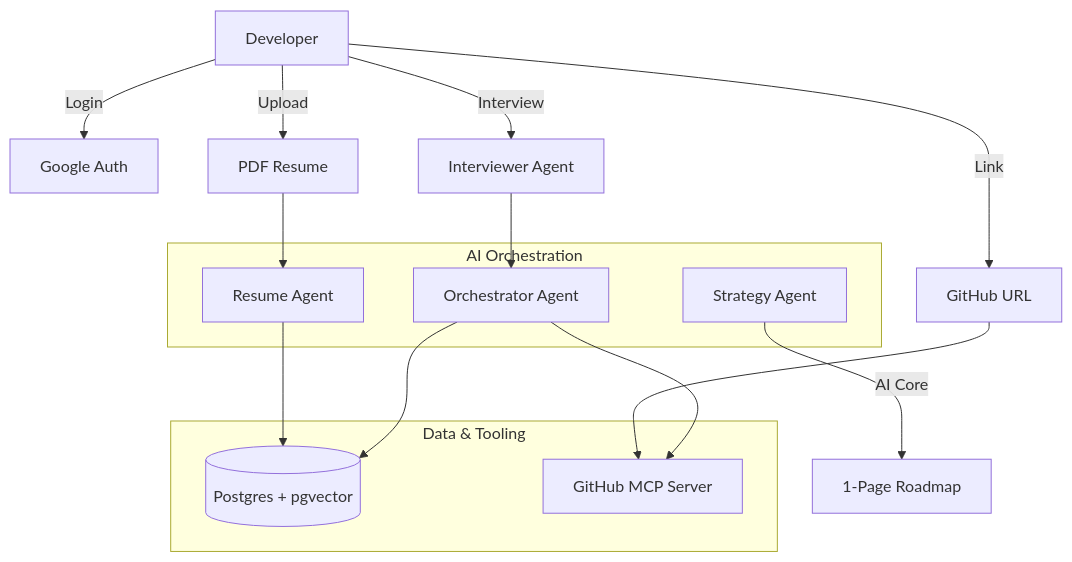
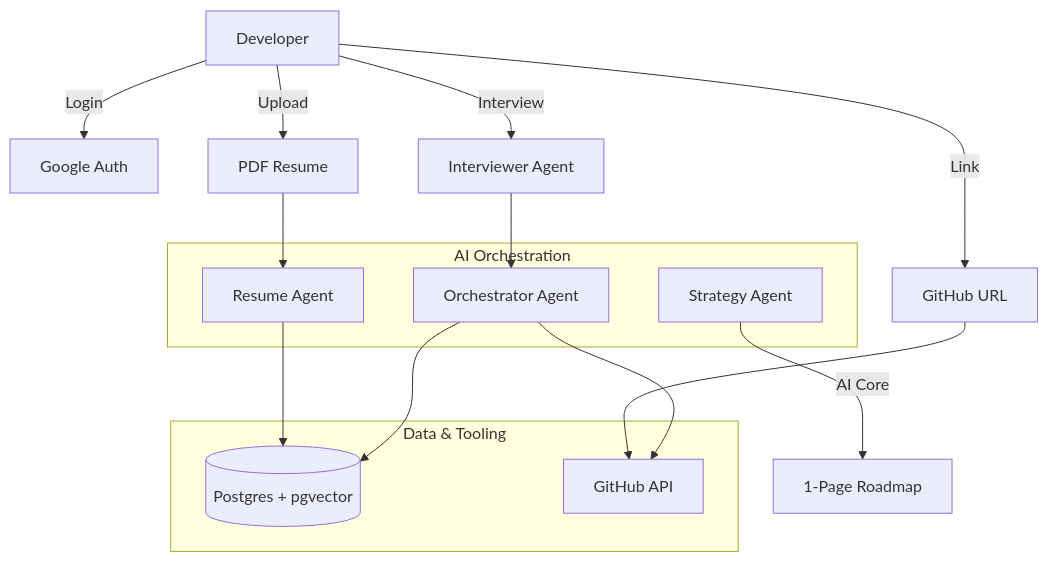
The diagram in README.md (rvishravars/pocket-oss-agent), drawn with Mermaid before and after one commit. The commit also changed other lines of this file and 14 other files, not shown here.

````diff
--- a/README.md
+++ b/README.md
@@ -53,25 +53,25 @@
 ```mermaid
 graph TD
     User[Developer] -->|Login| Auth[Google Auth]
     User -->|Interview| Intv[Interviewer Agent]
     User -->|Upload| Resume[PDF Resume]
     User -->|Link| Repo[GitHub URL]
 
     subgraph "Data & Tooling"
     DB[(Postgres + pgvector)]
-    MCP[GitHub MCP Server]
+    API[GitHub API]
     end
 
     subgraph "AI Orchestration"
     Orch[Orchestrator Agent]
     Pars[Resume Agent]
     Gen[Strategy Agent]
     end
 
     Intv --> Orch
     Resume --> Pars
     Pars --> DB
-    Repo --> MCP
-    Orch --> MCP & DB
+    Repo --> API
+    Orch --> API & DB
     Gen -->|AI Core| Output[1-Page Roadmap]
 ```
````
